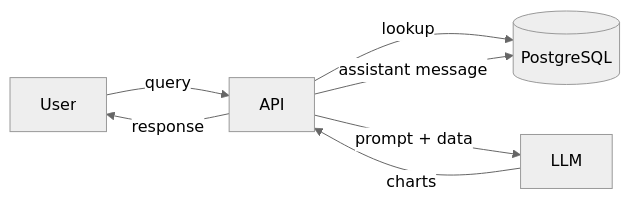
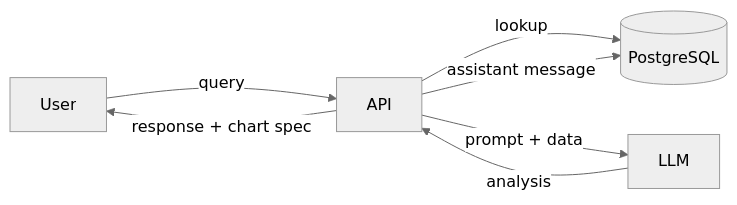
Before and after one commit to benjyongzh/llm-data-analyst: the first of 4 diagrams in README.md, drawn with Mermaid (neutral theme). The commit also changed other lines of this file and 3 other files, not shown here.

````diff
--- a/README.md
+++ b/README.md
@@ -88,9 +90,9 @@
 ```mermaid
 flowchart LR
     U[User] -->|query| API
     API -->|lookup| DB[(PostgreSQL)]
     API -->|prompt + data| LLM
-    LLM -->|charts| API
+    LLM -->|analysis| API
     API -->|assistant message| DB
-    API -->|response| U
+    API -->|response + chart spec| U
 ```
````
